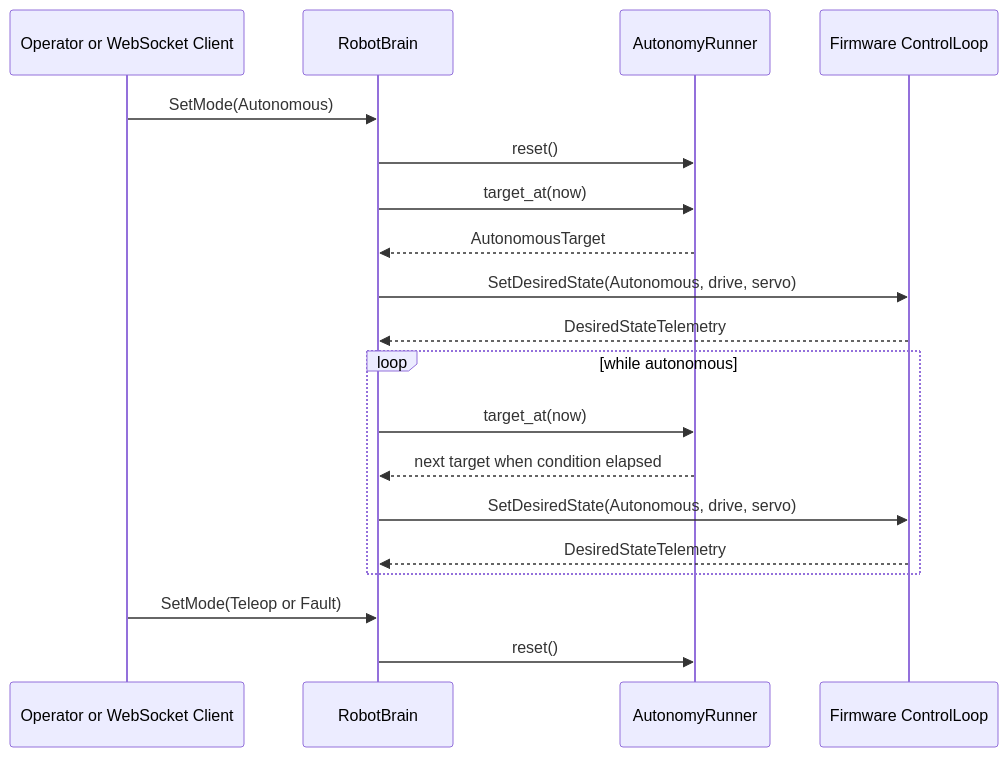
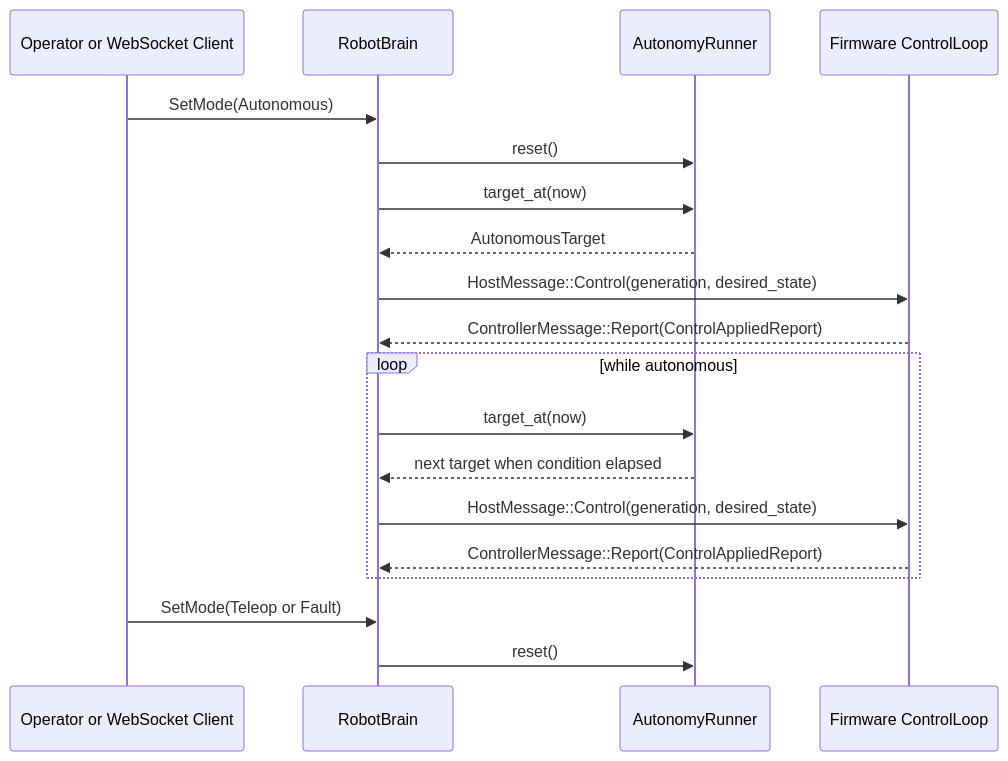
One commit to thiezn/morTimmy changed the first of 2 diagrams in docs/src/architecture/architecture.md. Above: the diagram before and after it, drawn with Mermaid. The commit also changed other lines of this file and 56 other files, not shown here.

Commit message:
Starting with kicad schematics. Moving LCD to motion controller pico so audio is only present on the pico 2 w. We can just plug that in to the brain with USB and don't need to model anything on the PCB

````diff
--- a/docs/src/architecture/architecture.md
+++ b/docs/src/architecture/architecture.md
@@ -184,22 +192,22 @@
 ```mermaid
 sequenceDiagram
   participant Operator as Operator or WebSocket Client
   participant Brain as RobotBrain
   participant Runner as AutonomyRunner
   participant FW as Firmware ControlLoop
 
   Operator->>Brain: SetMode(Autonomous)
   Brain->>Runner: reset()
   Brain->>Runner: target_at(now)
   Runner-->>Brain: AutonomousTarget
-  Brain->>FW: SetDesiredState(Autonomous, drive, servo)
-  FW-->>Brain: DesiredStateTelemetry
+  Brain->>FW: HostMessage::Control(generation, desired_state)
+  FW-->>Brain: ControllerMessage::Report(ControlAppliedReport)
   loop while autonomous
     Brain->>Runner: target_at(now)
     Runner-->>Brain: next target when condition elapsed
-    Brain->>FW: SetDesiredState(Autonomous, drive, servo)
-    FW-->>Brain: DesiredStateTelemetry
+    Brain->>FW: HostMessage::Control(generation, desired_state)
+    FW-->>Brain: ControllerMessage::Report(ControlAppliedReport)
   end
   Operator->>Brain: SetMode(Teleop or Fault)
   Brain->>Runner: reset()
 ```
````
